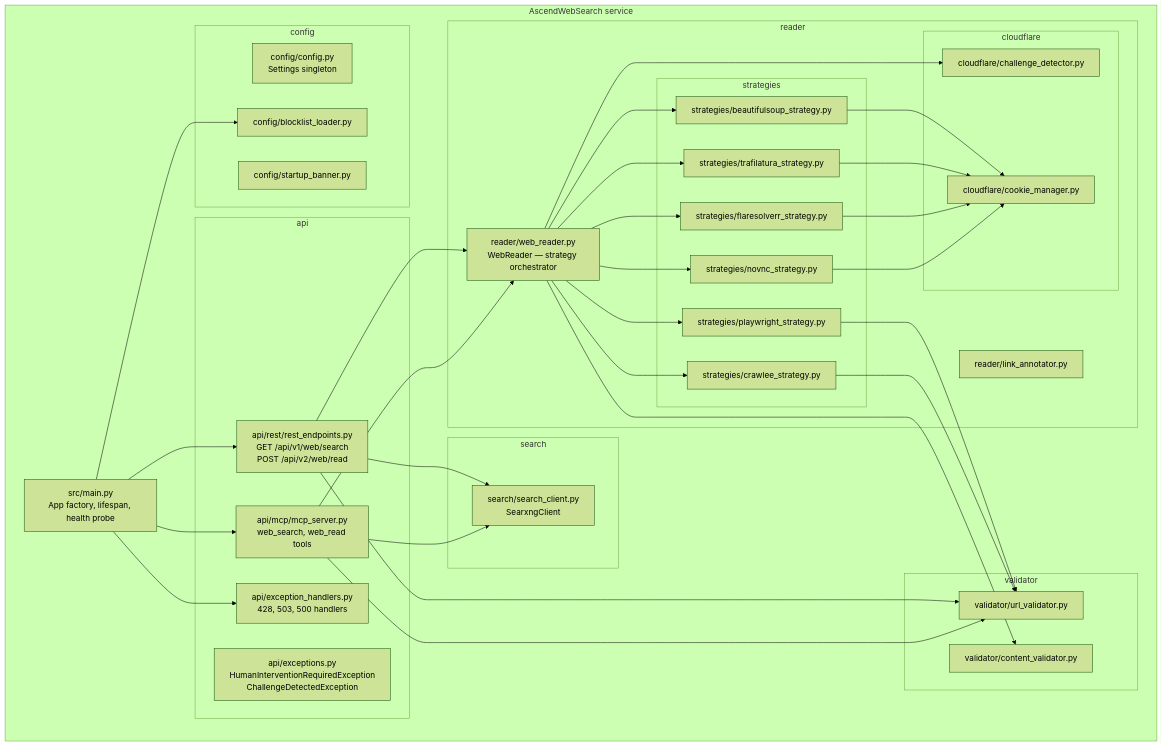
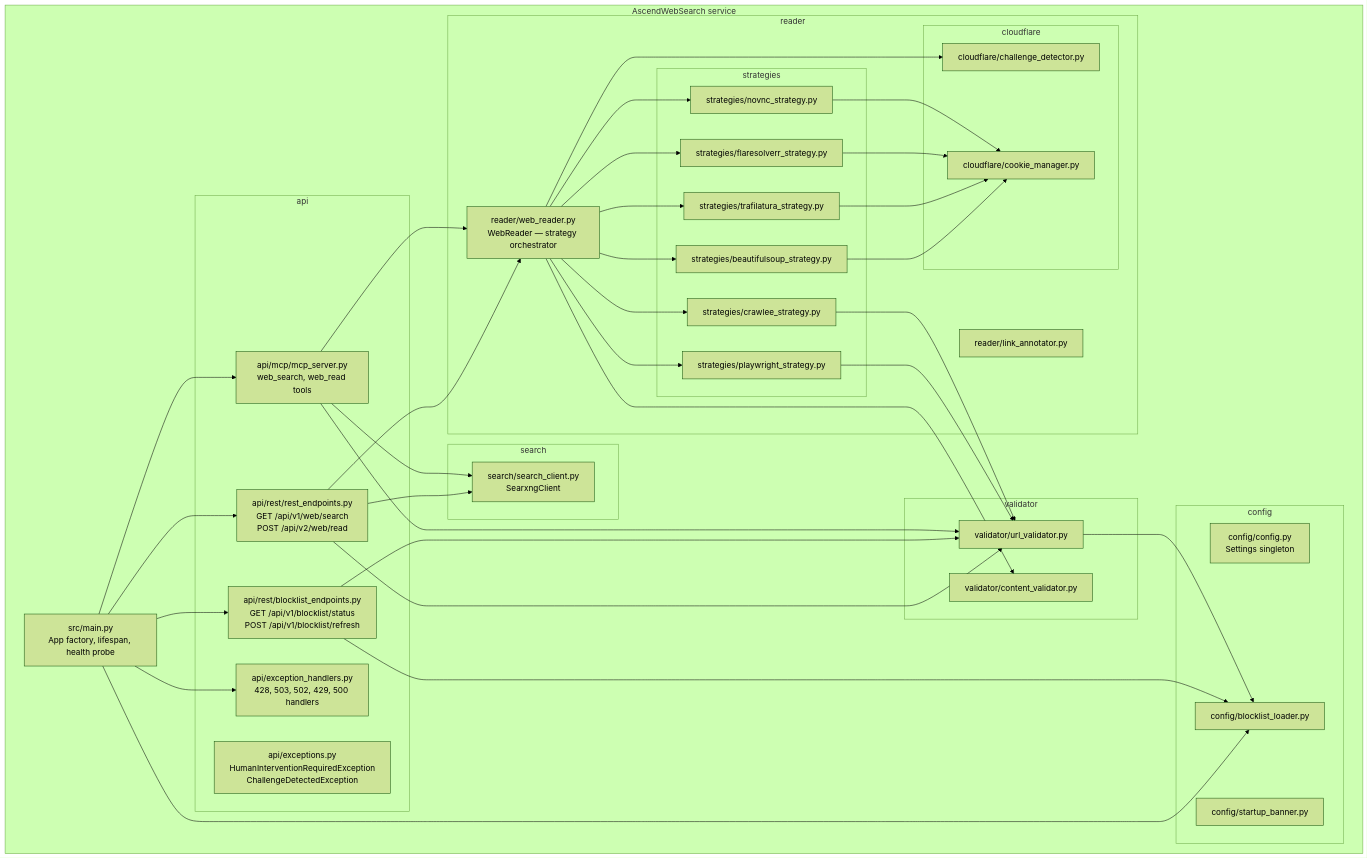
Before and after one commit to Lukk17/AscendAI: the diagram in AscendWebSearch/docs/architecture/arc42/05-building-block-view.md, drawn with Mermaid (forest theme). The commit also changed other lines of this file and 28 other files, not shown here.

````diff
--- a/AscendWebSearch/docs/architecture/arc42/05-building-block-view.md
+++ b/AscendWebSearch/docs/architecture/arc42/05-building-block-view.md
@@ -7,70 +7,75 @@
 ```mermaid
 graph TB
     subgraph "AscendWebSearch service"
         main["src/main.py<br/>App factory, lifespan, health probe"]
 
         subgraph "api"
             rest["api/rest/rest_endpoints.py<br/>GET /api/v1/web/search<br/>POST /api/v2/web/read"]
+            blocklistapi["api/rest/blocklist_endpoints.py<br/>GET /api/v1/blocklist/status<br/>POST /api/v1/blocklist/refresh"]
             mcp["api/mcp/mcp_server.py<br/>web_search, web_read tools"]
-            exc["api/exception_handlers.py<br/>428, 503, 500 handlers"]
+            exc["api/exception_handlers.py<br/>428, 503, 502, 429, 500 handlers"]
             exceptions["api/exceptions.py<br/>HumanInterventionRequiredException<br/>ChallengeDetectedException"]
         end
 
         subgraph "reader"
             webreader["reader/web_reader.py<br/>WebReader — strategy orchestrator"]
             subgraph "strategies"
                 bs["strategies/beautifulsoup_strategy.py"]
                 traf["strategies/trafilatura_strategy.py"]
                 flare["strategies/flaresolverr_strategy.py"]
                 pw["strategies/playwright_strategy.py"]
                 crawlee["strategies/crawlee_strategy.py"]
                 novnc["strategies/novnc_strategy.py"]
             end
             subgraph "cloudflare"
                 detector["cloudflare/challenge_detector.py"]
                 cookies["cloudflare/cookie_manager.py"]
             end
             annotator["reader/link_annotator.py"]
         end
 
         subgraph "search"
             searxng["search/search_client.py<br/>SearxngClient"]
         end
 
         subgraph "validator"
             content["validator/content_validator.py"]
             url["validator/url_validator.py"]
         end
 
         subgraph "config"
             cfg["config/config.py<br/>Settings singleton"]
             blocklist["config/blocklist_loader.py"]
             banner["config/startup_banner.py"]
         end
     end
 
     main --> rest
+    main --> blocklistapi
     main --> mcp
     main --> exc
     main --> blocklist
     rest --> webreader
     rest --> searxng
     rest --> url
+    blocklistapi --> blocklist
+    blocklistapi --> url
+    url --> blocklist
     mcp --> webreader
     mcp --> searxng
     mcp --> url
     webreader --> bs
     webreader --> traf
     webreader --> flare
     webreader --> pw
     webreader --> crawlee
     webreader --> novnc
     webreader --> content
     webreader --> detector
     bs --> cookies
     traf --> cookies
     flare --> cookies
     novnc --> cookies
     pw --> url
     crawlee --> url
 ```
````
